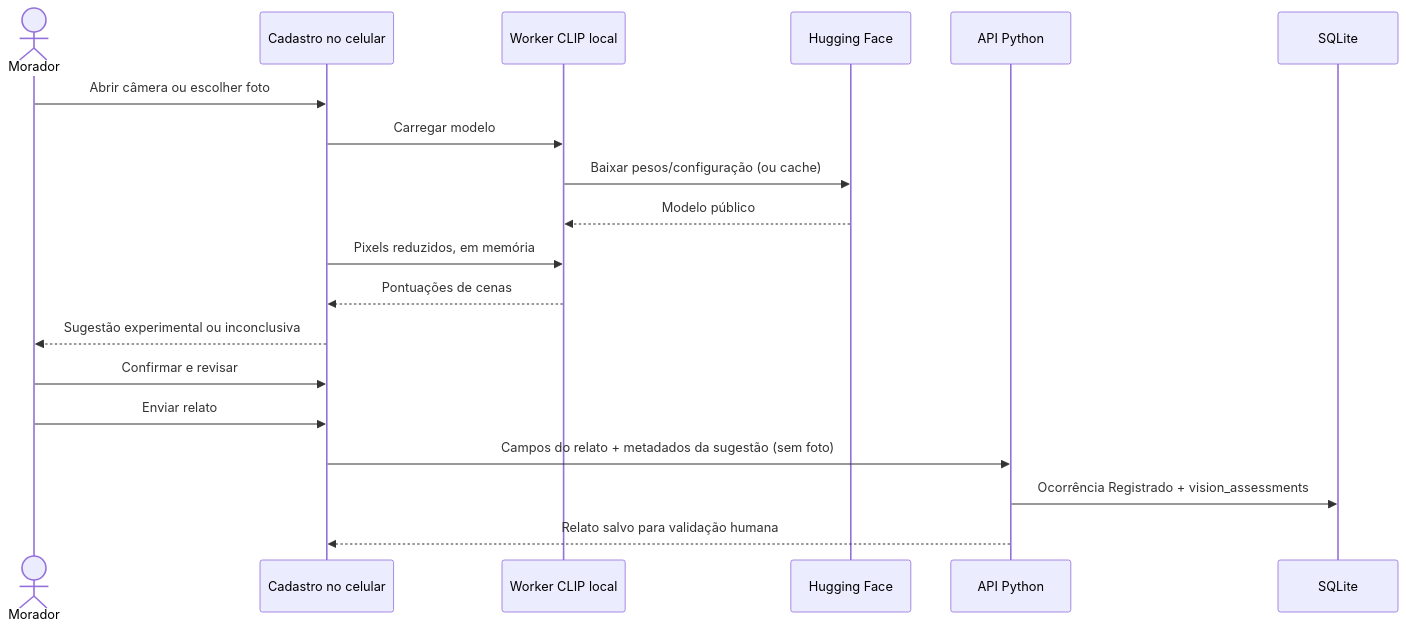
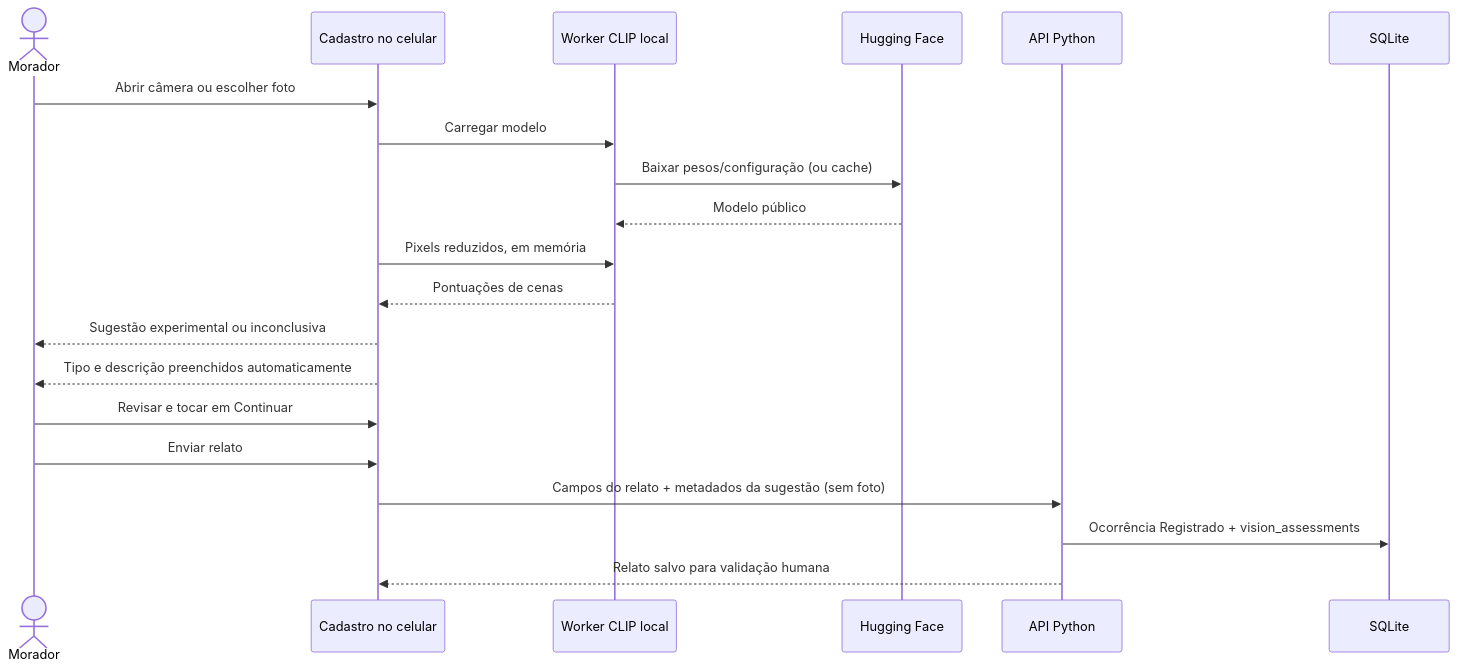
One commit to dudu-initial/alertabairro changed the diagram in docs/ia-camera.md. Above: the diagram before and after it, drawn with Mermaid. The commit also changed other lines of this file and 13 other files, not shown here.

````diff
--- a/docs/ia-camera.md
+++ b/docs/ia-camera.md
@@ -34,21 +34,22 @@
 ```mermaid
 sequenceDiagram
   actor Morador
   participant UI as Cadastro no celular
   participant W as Worker CLIP local
   participant HF as Hugging Face
   participant API as API Python
   participant DB as SQLite
   Morador->>UI: Abrir câmera ou escolher foto
   UI->>W: Carregar modelo
   W->>HF: Baixar pesos/configuração (ou cache)
   HF-->>W: Modelo público
   UI->>W: Pixels reduzidos, em memória
   W-->>UI: Pontuações de cenas
   UI-->>Morador: Sugestão experimental ou inconclusiva
-  Morador->>UI: Confirmar e revisar
+  UI-->>Morador: Tipo e descrição preenchidos automaticamente
+  Morador->>UI: Revisar e tocar em Continuar
   Morador->>UI: Enviar relato
   UI->>API: Campos do relato + metadados da sugestão (sem foto)
   API->>DB: Ocorrência Registrado + vision_assessments
   API-->>UI: Relato salvo para validação humana
 ```
````
